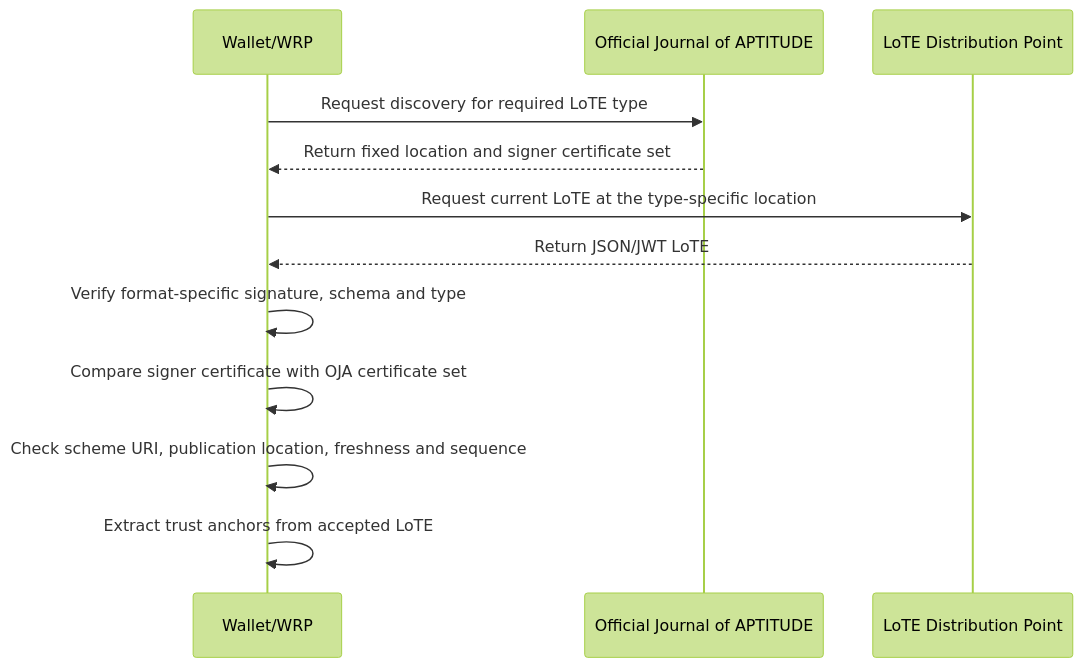
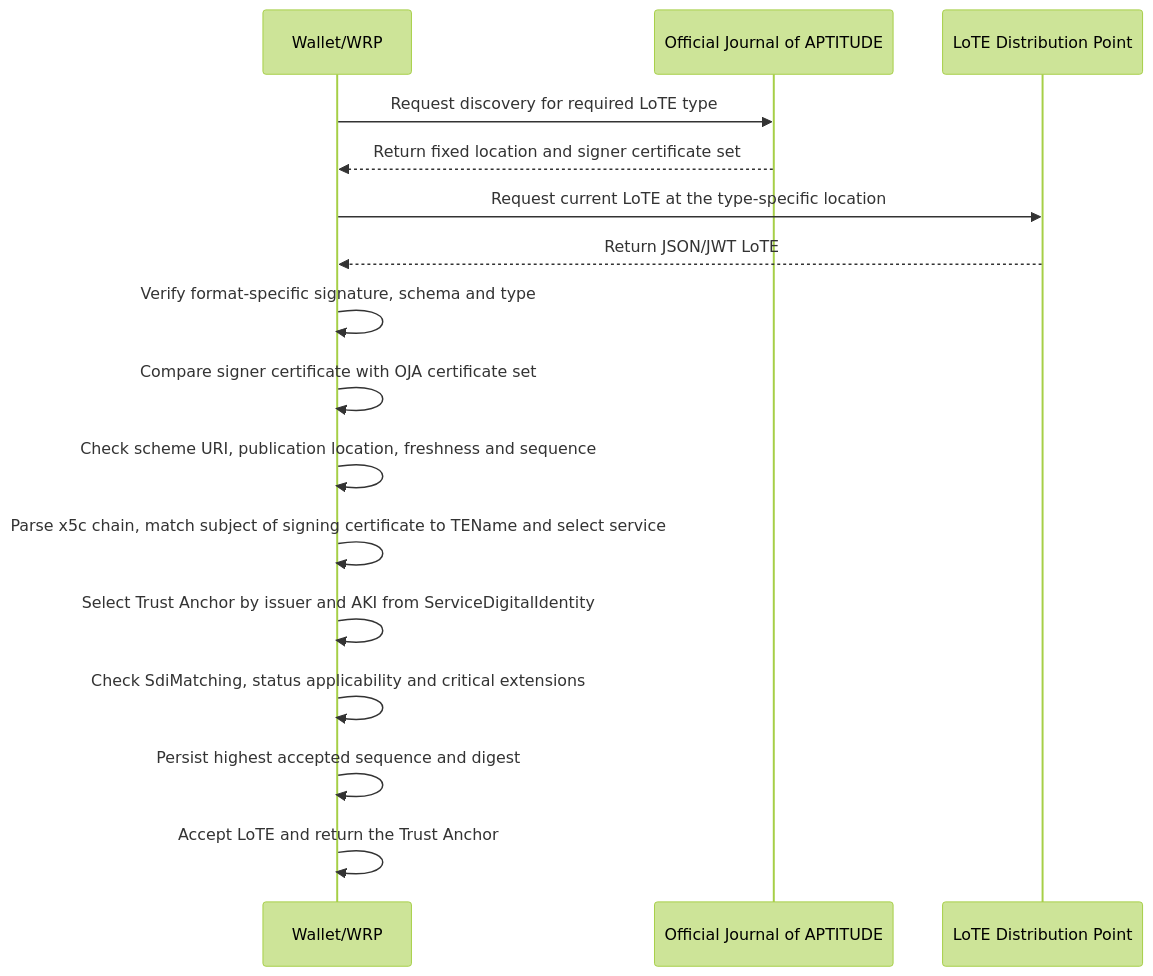
One commit to APTITUDE-Consortium/wp2-trust-specifications changed the first of 2 diagrams in docs/topics/trust-anchor-validation.md. Above: the diagram before and after it, drawn with Mermaid (forest theme). The commit also changed other lines of this file and 15 other files, not shown here.

````diff
--- a/docs/topics/trust-anchor-validation.md
+++ b/docs/topics/trust-anchor-validation.md
@@ -110,15 +114,19 @@
 ```mermaid
 sequenceDiagram
   participant Client as Wallet/WRP
   participant OJA as Official Journal of APTITUDE
   participant Distribution as LoTE Distribution Point
 
   Client->>OJA: Request discovery for required LoTE type
   OJA-->>Client: Return fixed location and signer certificate set
   Client->>Distribution: Request current LoTE at the type-specific location
   Distribution-->>Client: Return JSON/JWT LoTE
   Client->>Client: Verify format-specific signature, schema and type
   Client->>Client: Compare signer certificate with OJA certificate set
   Client->>Client: Check scheme URI, publication location, freshness and sequence
-  Client->>Client: Extract trust anchors from accepted LoTE
+  Client->>Client: Parse x5c chain, match subject of signing certificate to TEName and select service
+  Client->>Client: Select Trust Anchor by issuer and AKI from ServiceDigitalIdentity
+  Client->>Client: Check SdiMatching, status applicability and critical extensions
+  Client->>Client: Persist highest accepted sequence and digest
+  Client->>Client: Accept LoTE and return the Trust Anchor
 ```
````
